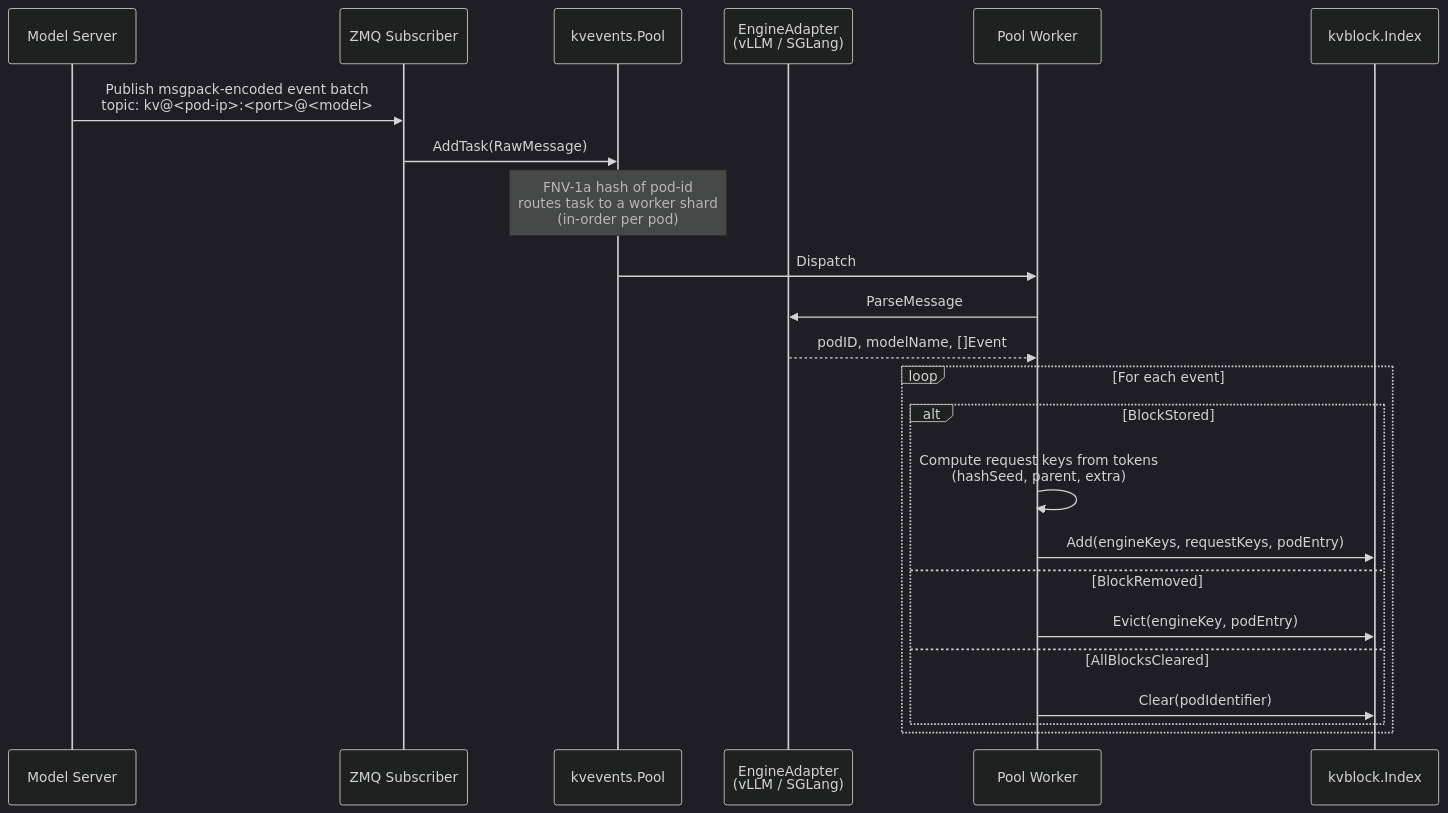
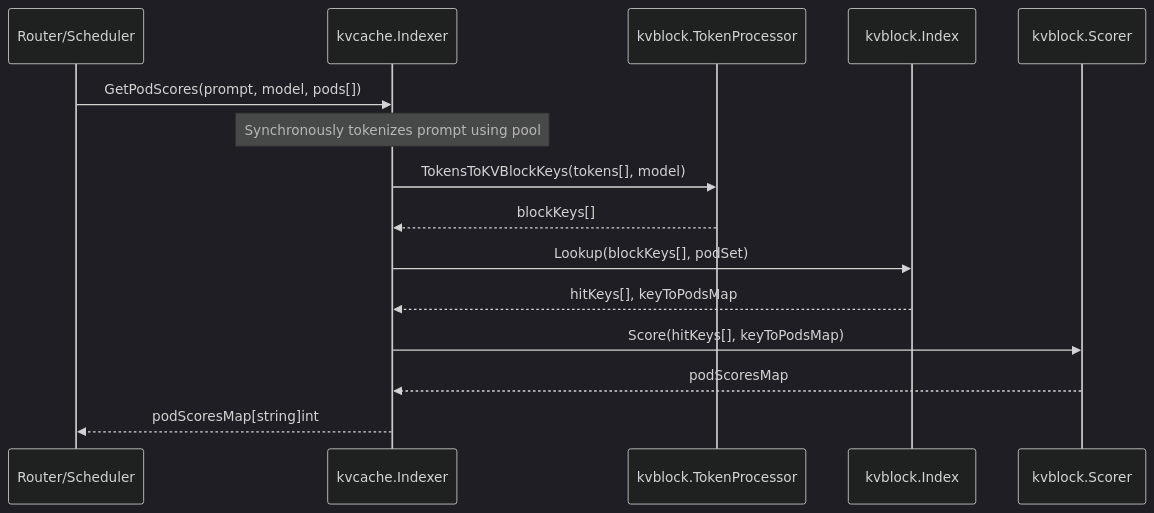
One commit to mwaykole/llm-d-kv-cache changed the first of 2 diagrams in docs/architecture.md. Above: the diagram before and after it, drawn with Mermaid (dark theme). The commit also changed other lines of this file and 103 other files, not shown here.

````diff
--- a/docs/architecture.md
+++ b/docs/architecture.md
@@ -58,27 +34,23 @@
 ```mermaid
 sequenceDiagram
-    participant MS as Model Server
-    participant Sub as ZMQ Subscriber
-    participant Pool as kvevents.Pool
-    participant Adapter as EngineAdapter<br/>(vLLM / SGLang)
-    participant Worker as Pool Worker
+    participant Router as Router/Scheduler
+    participant Indexer as kvcache.Indexer
+    participant TokenProcessor as kvblock.TokenProcessor
     participant Index as kvblock.Index
+    participant Scorer as kvblock.Scorer
 
-    MS->>Sub: Publish msgpack-encoded event batch<br/>topic: kv@<pod-ip>:<port>@<model>
-    Sub->>Pool: AddTask(RawMessage)
-    Note over Pool: FNV-1a hash of pod-id<br/>routes task to a worker shard<br/>(in-order per pod)
-    Pool->>Worker: Dispatch
-    Worker->>Adapter: ParseMessage
-    Adapter-->>Worker: podID, modelName, []Event
-
-    loop For each event
-        alt BlockStored
-            Worker->>Worker: Compute request keys from tokens<br/>(hashSeed, parent, extra)
-            Worker->>Index: Add(engineKeys, requestKeys, podEntry)
-        else BlockRemoved
-            Worker->>Index: Evict(engineKey, podEntry)
-        else AllBlocksCleared
-            Worker->>Index: Clear(podIdentifier)
-        end
-    end
+    Router->>Indexer: GetPodScores(prompt, model, pods[])
+    
+    Note over Indexer: Synchronously tokenizes prompt using pool
+    
+    Indexer->>TokenProcessor: TokensToKVBlockKeys(tokens[], model)
+    TokenProcessor-->>Indexer: blockKeys[]
+    
+    Indexer->>Index: Lookup(blockKeys[], podSet)
+    Index-->>Indexer: hitKeys[], keyToPodsMap
+    
+    Indexer->>Scorer: Score(hitKeys[], keyToPodsMap)
+    Scorer-->>Indexer: podScoresMap
+    
+    Indexer-->>Router: podScoresMap[string]int
 ```
````
